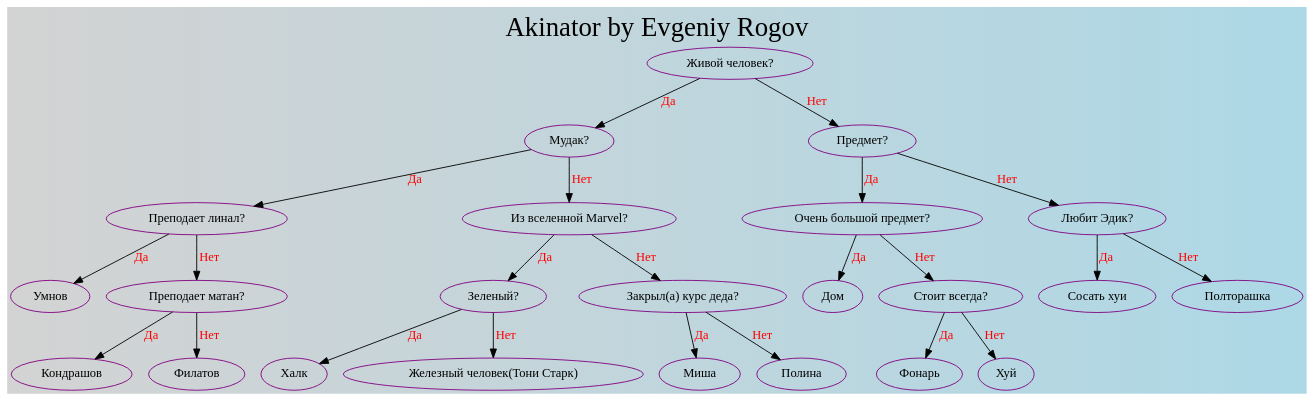
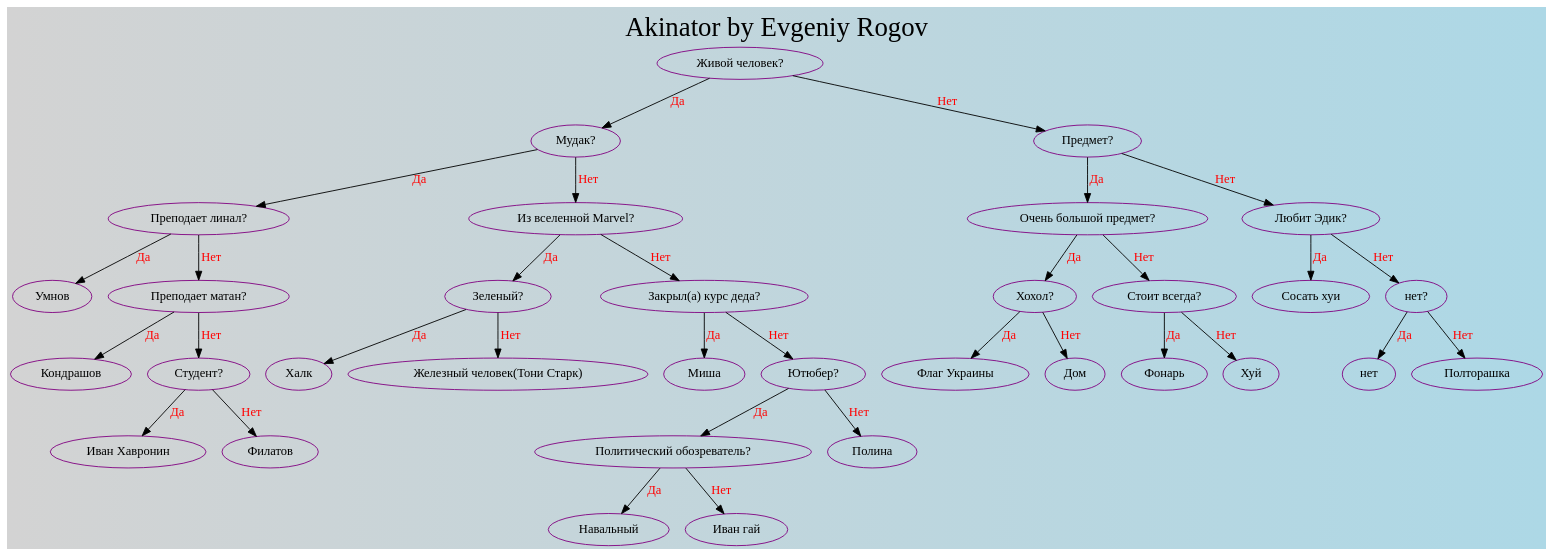
One commit to EvGeniy0505/Akinator changed the diagram in output/akinator.dot. Above: the diagram before and after it, drawn with Graphviz. The commit also changed 4 other files, not shown here.

```diff
--- a/output/akinator.dot
+++ b/output/akinator.dot
@@ -1,52 +1,72 @@
 digraph TREE1 {
 	bgcolor = "lightgrey:lightblue";
 	label="Akinator by Evgeniy Rogov";
 	fontsize=30;
 	fontname="Times-Roman";
 	labelloc="t";
 	node0x603000000070[color=purple, label=" Живой человек?"]
 	node0x603000000070 -> node0x6030000000a0[label="Да", fontcolor="red"];
 	node0x6030000000a0[color=purple, label=" Мудак?"]
 	node0x6030000000a0 -> node0x603000000100[label="Да", fontcolor="red"];
 	node0x603000000100[color=purple, label=" Преподает линал?"]
 	node0x603000000100 -> node0x603000000130[label="Да", fontcolor="red"];
 	node0x603000000130[color=purple, label=" Умнов"]
-	node0x603000000100 -> node0x603000000160[label="Нет", fontcolor="red"];
-	node0x603000000160[color=purple, label=" Преподает матан?"]
-	node0x603000000160 -> node0x6030000005b0[label="Да", fontcolor="red"];
-	node0x6030000005b0[color=purple, label=" Кондрашов"]
-	node0x603000000160 -> node0x603000000580[label="Нет", fontcolor="red"];
-	node0x603000000580[color=purple, label=" Филатов"]
-	node0x6030000000a0 -> node0x6030000001c0[label="Нет", fontcolor="red"];
-	node0x6030000001c0[color=purple, label=" Из вселенной Marvel?"]
-	node0x6030000001c0 -> node0x6030000001f0[label="Да", fontcolor="red"];
-	node0x6030000001f0[color=purple, label=" Зеленый?"]
-	node0x6030000001f0 -> node0x603000000220[label="Да", fontcolor="red"];
-	node0x603000000220[color=purple, label=" Халк"]
-	node0x6030000001f0 -> node0x603000000250[label="Нет", fontcolor="red"];
-	node0x603000000250[color=purple, label=" Железный человек(Тони Старк)"]
-	node0x6030000001c0 -> node0x603000000280[label="Нет", fontcolor="red"];
-	node0x603000000280[color=purple, label=" Закрыл(а) курс деда?"]
-	node0x603000000280 -> node0x6030000002b0[label="Да", fontcolor="red"];
-	node0x6030000002b0[color=purple, label=" Миша "]
-	node0x603000000280 -> node0x6030000002e0[label="Нет", fontcolor="red"];
-	node0x6030000002e0[color=purple, label=" Полина"]
-	node0x603000000070 -> node0x603000000310[label="Нет", fontcolor="red"];
-	node0x603000000310[color=purple, label=" Предмет?"]
+	node0x603000000100 -> node0x603000000190[label="Нет", fontcolor="red"];
+	node0x603000000190[color=purple, label=" Преподает матан?"]
+	node0x603000000190 -> node0x6030000001f0[label="Да", fontcolor="red"];
+	node0x6030000001f0[color=purple, label=" Кондрашов"]
+	node0x603000000190 -> node0x603000000220[label="Нет", fontcolor="red"];
+	node0x603000000220[color=purple, label=" Студент?"]
+	node0x603000000220 -> node0x603000000280[label="Да", fontcolor="red"];
+	node0x603000000280[color=purple, label=" Иван Хавронин"]
+	node0x603000000220 -> node0x6030000002b0[label="Нет", fontcolor="red"];
+	node0x6030000002b0[color=purple, label=" Филатов"]
+	node0x6030000000a0 -> node0x603000000310[label="Нет", fontcolor="red"];
+	node0x603000000310[color=purple, label=" Из вселенной Marvel?"]
 	node0x603000000310 -> node0x603000000340[label="Да", fontcolor="red"];
-	node0x603000000340[color=purple, label=" Очень большой предмет?"]
+	node0x603000000340[color=purple, label=" Зеленый?"]
 	node0x603000000340 -> node0x603000000370[label="Да", fontcolor="red"];
-	node0x603000000370[color=purple, label=" Дом"]
-	node0x603000000340 -> node0x6030000003d0[label="Нет", fontcolor="red"];
-	node0x6030000003d0[color=purple, label=" Стоит всегда?"]
+	node0x603000000370[color=purple, label=" Халк"]
+	node0x603000000340 -> node0x6030000003a0[label="Нет", fontcolor="red"];
+	node0x6030000003a0[color=purple, label=" Железный человек(Тони Старк)"]
+	node0x603000000310 -> node0x6030000003d0[label="Нет", fontcolor="red"];
+	node0x6030000003d0[color=purple, label=" Закрыл(а) курс деда?"]
 	node0x6030000003d0 -> node0x603000000400[label="Да", fontcolor="red"];
-	node0x603000000400[color=purple, label=" Фонарь"]
+	node0x603000000400[color=purple, label=" Миша "]
 	node0x6030000003d0 -> node0x603000000430[label="Нет", fontcolor="red"];
-	node0x603000000430[color=purple, label=" Хуй"]
-	node0x603000000310 -> node0x603000000490[label="Нет", fontcolor="red"];
-	node0x603000000490[color=purple, label=" Любит Эдик?"]
-	node0x603000000490 -> node0x6030000004f0[label="Да", fontcolor="red"];
-	node0x6030000004f0[color=purple, label=" Сосать хуи"]
-	node0x603000000490 -> node0x603000000550[label="Нет", fontcolor="red"];
-	node0x603000000550[color=purple, label=" Полторашка"]
+	node0x603000000430[color=purple, label=" Ютюбер?"]
+	node0x603000000430 -> node0x603000000700[label="Да", fontcolor="red"];
+	node0x603000000700[color=purple, label=" Политический обозреватель?"]
+	node0x603000000700 -> node0x603000000760[label="Да", fontcolor="red"];
+	node0x603000000760[color=purple, label=" Навальный"]
+	node0x603000000700 -> node0x603000000730[label="Нет", fontcolor="red"];
+	node0x603000000730[color=purple, label=" Иван гай"]
+	node0x603000000430 -> node0x6030000006d0[label="Нет", fontcolor="red"];
+	node0x6030000006d0[color=purple, label=" Полина"]
+	node0x603000000070 -> node0x603000000460[label="Нет", fontcolor="red"];
+	node0x603000000460[color=purple, label=" Предмет?"]
+	node0x603000000460 -> node0x603000000490[label="Да", fontcolor="red"];
+	node0x603000000490[color=purple, label=" Очень большой предмет?"]
+	node0x603000000490 -> node0x6030000004c0[label="Да", fontcolor="red"];
+	node0x6030000004c0[color=purple, label=" Хохол?"]
+	node0x6030000004c0 -> node0x6030000007c0[label="Да", fontcolor="red"];
+	node0x6030000007c0[color=purple, label=" Флаг Украины"]
+	node0x6030000004c0 -> node0x603000000790[label="Нет", fontcolor="red"];
+	node0x603000000790[color=purple, label=" Дом"]
+	node0x603000000490 -> node0x603000000520[label="Нет", fontcolor="red"];
+	node0x603000000520[color=purple, label=" Стоит всегда?"]
+	node0x603000000520 -> node0x603000000550[label="Да", fontcolor="red"];
+	node0x603000000550[color=purple, label=" Фонарь"]
+	node0x603000000520 -> node0x603000000580[label="Нет", fontcolor="red"];
+	node0x603000000580[color=purple, label=" Хуй"]
+	node0x603000000460 -> node0x6030000005e0[label="Нет", fontcolor="red"];
+	node0x6030000005e0[color=purple, label=" Любит Эдик?"]
+	node0x6030000005e0 -> node0x603000000640[label="Да", fontcolor="red"];
+	node0x603000000640[color=purple, label=" Сосать хуи"]
+	node0x6030000005e0 -> node0x6030000006a0[label="Нет", fontcolor="red"];
+	node0x6030000006a0[color=purple, label=" нет?"]
+	node0x6030000006a0 -> node0x603000000820[label="Да", fontcolor="red"];
+	node0x603000000820[color=purple, label=" нет"]
+	node0x6030000006a0 -> node0x6030000007f0[label="Нет", fontcolor="red"];
+	node0x6030000007f0[color=purple, label=" Полторашка"]
 }
```
